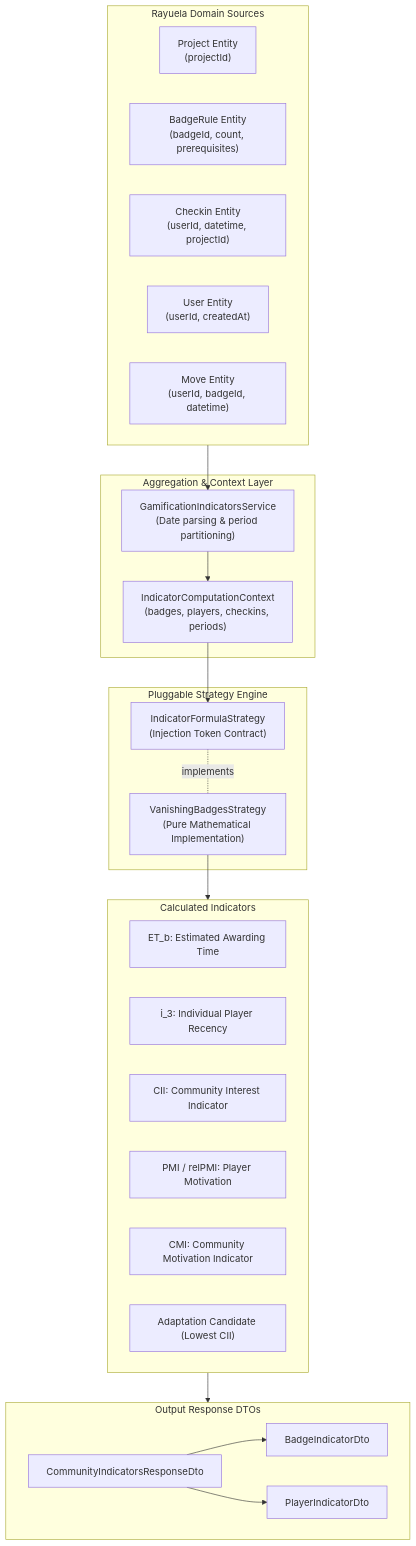
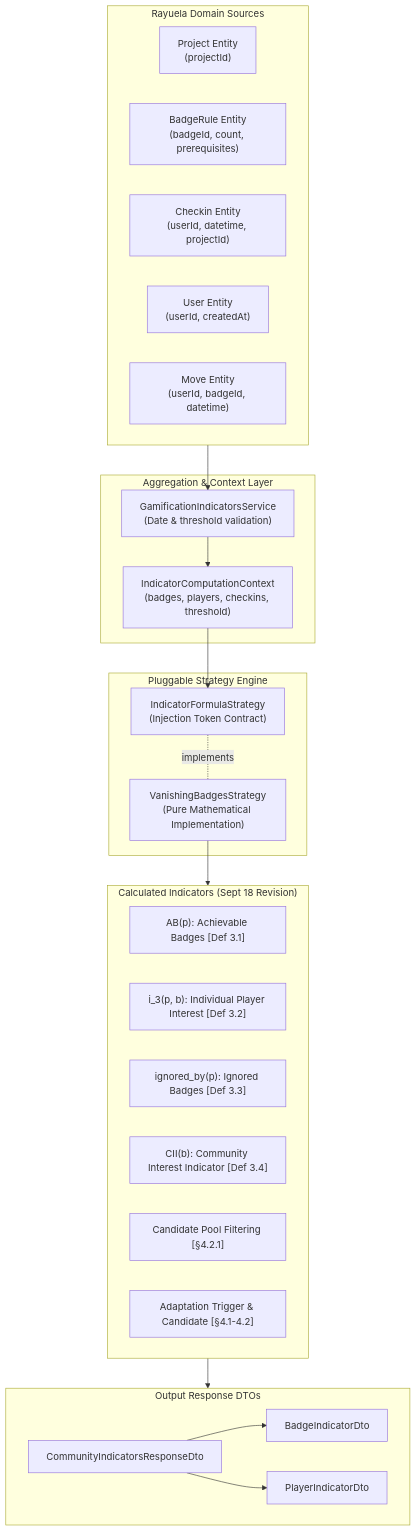
One commit to Rayuela-v2/rayuela-NodeBackend changed the diagram in docs/adaptive-gamification/indicators-engine.md. Above: the diagram before and after it, drawn with Mermaid. The commit also changed other lines of this file and 10 other files, not shown here.

First line of the commit message:
feat(gamification): align indicators engine with Sept 18 Vanishing Badges specification (#73)

````diff
--- a/docs/adaptive-gamification/indicators-engine.md
+++ b/docs/adaptive-gamification/indicators-engine.md
@@ -38,44 +38,44 @@
 ```mermaid
 flowchart TB
   subgraph Domain["Rayuela Domain Sources"]
     P["Project Entity<br/>(projectId)"]
     BR["BadgeRule Entity<br/>(badgeId, count, prerequisites)"]
     CI["Checkin Entity<br/>(userId, datetime, projectId)"]
     U["User Entity<br/>(userId, createdAt)"]
     MV["Move Entity<br/>(userId, badgeId, datetime)"]
   end
 
   subgraph Ingestion["Aggregation & Context Layer"]
-    GIS["GamificationIndicatorsService<br/>(Date parsing & period partitioning)"]
-    CTX["IndicatorComputationContext<br/>(badges, players, checkins, periods)"]
+    GIS["GamificationIndicatorsService<br/>(Date & threshold validation)"]
+    CTX["IndicatorComputationContext<br/>(badges, players, checkins, threshold)"]
   end
 
   subgraph Strategy["Pluggable Strategy Engine"]
     IFS["IndicatorFormulaStrategy<br/>(Injection Token Contract)"]
     VBS["VanishingBadgesStrategy<br/>(Pure Mathematical Implementation)"]
   end
 
-  subgraph Metrics["Calculated Indicators"]
-    ET["ET_b: Estimated Awarding Time"]
-    I3["i_3: Individual Player Recency"]
-    CII["CII: Community Interest Indicator"]
-    PMI["PMI / relPMI: Player Motivation"]
-    CMI["CMI: Community Motivation Indicator"]
-    CAND["Adaptation Candidate (Lowest CII)"]
+  subgraph Metrics["Calculated Indicators (Sept 18 Revision)"]
+    AB["AB(p): Achievable Badges [Def 3.1]"]
+    I3["i_3(p, b): Individual Player Interest [Def 3.2]"]
+    IGN["ignored_by(p): Ignored Badges [Def 3.3]"]
+    CII["CII(b): Community Interest Indicator [Def 3.4]"]
+    FILT["Candidate Pool Filtering [§4.2.1]"]
+    TRIG["Adaptation Trigger & Candidate [§4.1-4.2]"]
   end
 
   subgraph Output["Output Response DTOs"]
     RESP["CommunityIndicatorsResponseDto"]
     B_DTO["BadgeIndicatorDto"]
     P_DTO["PlayerIndicatorDto"]
   end
 
   Domain --> GIS
   GIS --> CTX
   CTX --> IFS
   IFS -. implements .- VBS
   VBS --> Metrics
   Metrics --> Output
   RESP --> B_DTO
   RESP --> P_DTO
 ```
````
